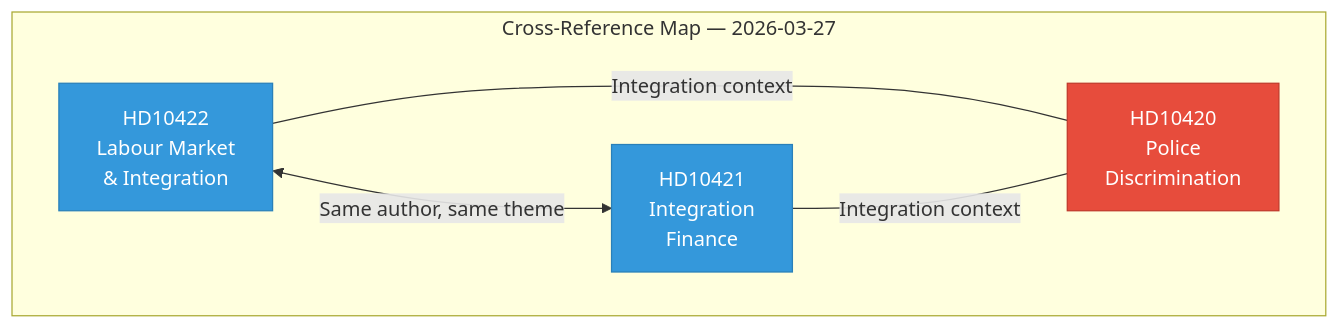
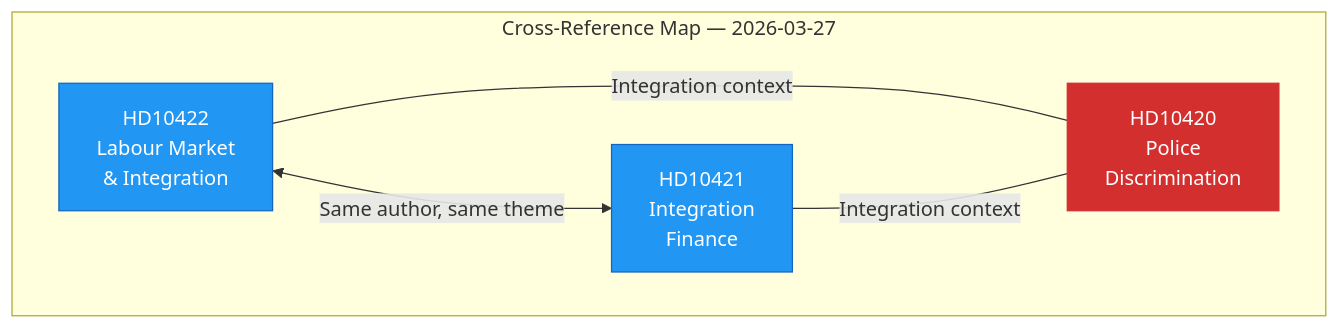
Before and after one commit to Hack23/riksdagsmonitor: the diagram in analysis/daily/2026-03-27/interpellations/cross-reference-map.md, drawn with Mermaid. The commit also changed 785 other files, not shown here.

First line of the commit message:
Normalize mermaid colors across 786 analysis artifacts to ISMS Style Guide palette

````diff
--- a/analysis/daily/2026-03-27/interpellations/cross-reference-map.md
+++ b/analysis/daily/2026-03-27/interpellations/cross-reference-map.md
@@ -16,14 +16,14 @@
 ```mermaid
 graph TD
     subgraph "Cross-Reference Map — 2026-03-27"
         HD10422["HD10422<br/>Labour Market<br/>& Integration"]
         HD10421["HD10421<br/>Integration<br/>Finance"]
         HD10420["HD10420<br/>Police<br/>Discrimination"]
         HD10422 <-->|"Same author, same theme"| HD10421
         HD10422 ---|"Integration context"| HD10420
         HD10421 ---|"Integration context"| HD10420
     end
-    style HD10422 fill:#3498db,color:#fff,stroke:#2980b9
-    style HD10421 fill:#3498db,color:#fff,stroke:#2980b9
-    style HD10420 fill:#e74c3c,color:#fff,stroke:#c0392b
+    style HD10422 fill:#2196F3,color:#FFFFFF,stroke:#1565C0
+    style HD10421 fill:#2196F3,color:#FFFFFF,stroke:#1565C0
+    style HD10420 fill:#D32F2F,color:#FFFFFF,stroke:#D32F2F
 ```
````
